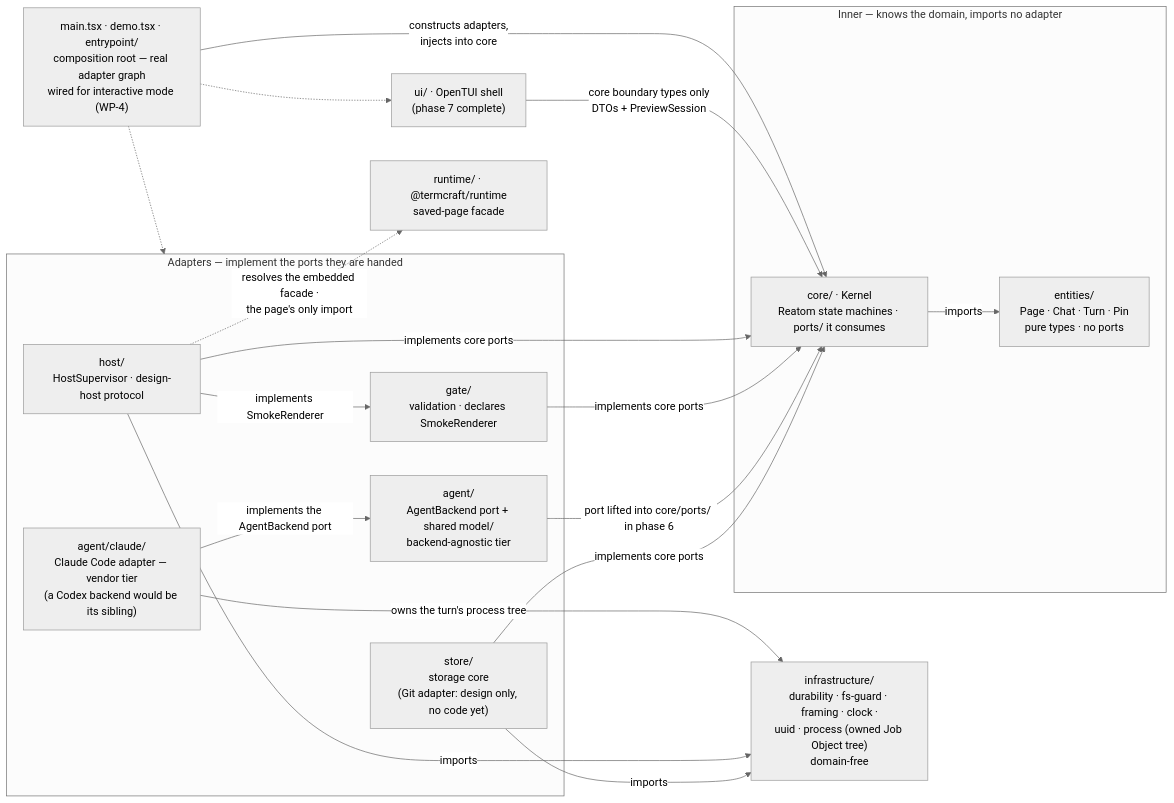
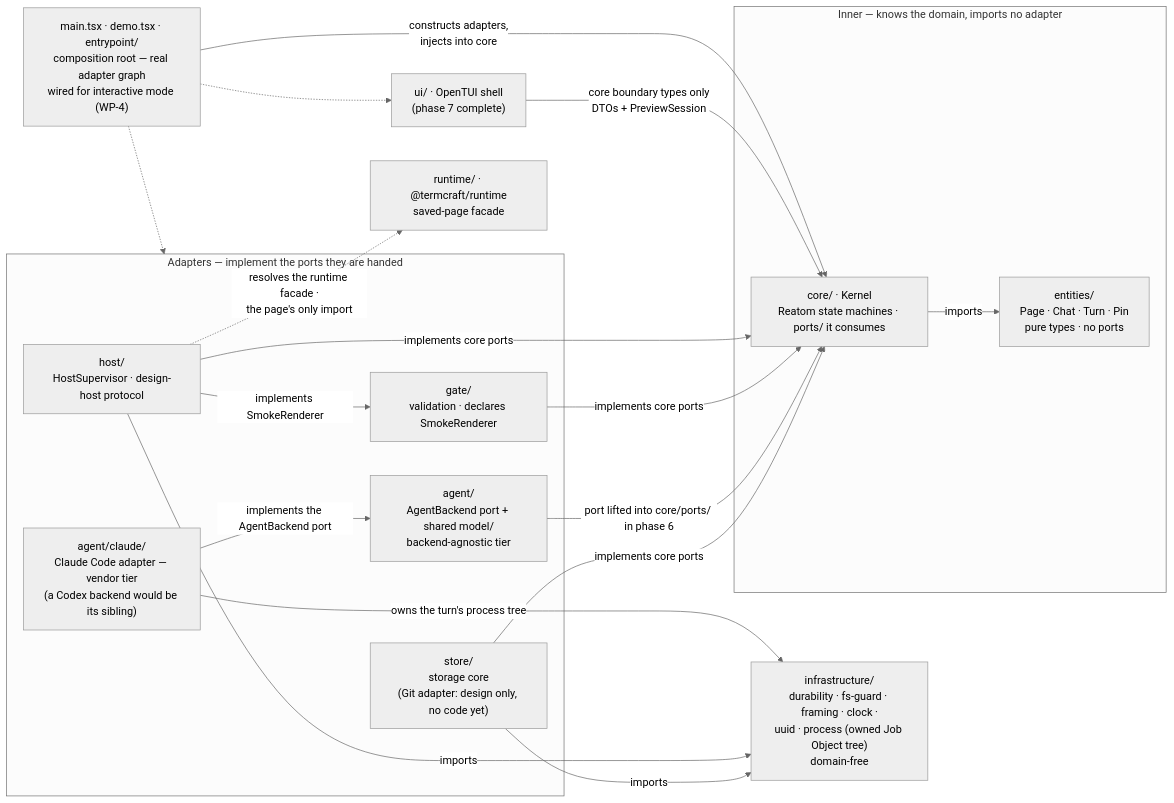
Before and after one commit to khmilevoi/termcraft: the diagram in docs/architecture/code-structure.md, drawn with Mermaid (neutral theme). The commit also changed other lines of this file and 11 other files, not shown here.

````diff
--- a/docs/architecture/code-structure.md
+++ b/docs/architecture/code-structure.md
@@ -23,37 +23,37 @@
 ```mermaid
 flowchart LR
     main["main.tsx · demo.tsx · entrypoint/<br/>composition root — real adapter graph<br/>wired for interactive mode (WP-4)"]
 
     subgraph adapters["Adapters — implement the ports they are handed"]
         store["store/<br/>storage core<br/>(Git adapter: design only, no code yet)"]
         agent["agent/<br/>AgentBackend port + shared model/<br/>backend-agnostic tier"]
         claude["agent/claude/<br/>Claude Code adapter — vendor tier<br/>(a Codex backend would be its sibling)"]
         gate["gate/<br/>validation · declares SmokeRenderer"]
         host["host/<br/>HostSupervisor · design-host protocol"]
     end
 
     subgraph inner["Inner — knows the domain, imports no adapter"]
         core["core/ · Kernel<br/>Reatom state machines · ports/ it consumes"]
         entities["entities/<br/>Page · Chat · Turn · Pin<br/>pure types · no ports"]
     end
 
     ui["ui/ · OpenTUI shell<br/>(phase 7 complete)"]
     runtime["runtime/ · @termcraft/runtime<br/>saved-page facade"]
     infra["infrastructure/<br/>durability · fs-guard · framing · clock ·<br/>uuid · process (owned Job Object tree)<br/>domain-free"]
 
     core -- imports --> entities
     store -- "implements core ports" --> core
     agent -- "port lifted into core/ports/ in phase 6" --> core
     gate -- "implements core ports" --> core
     host -- "implements core ports" --> core
     host -- "implements SmokeRenderer" --> gate
     claude -- "implements the AgentBackend port" --> agent
     ui -- "core boundary types only<br/>DTOs + PreviewSession" --> core
     store -- imports --> infra
     host -- imports --> infra
     claude -- "owns the turn's process tree" --> infra
-    host -. "resolves the embedded facade ·<br/>the page's only import" .-> runtime
+    host -. "resolves the runtime facade ·<br/>the page's only import" .-> runtime
     main -- "constructs adapters,<br/>injects into core" --> core
     main -.-> adapters
     main -.-> ui
 ```
````
